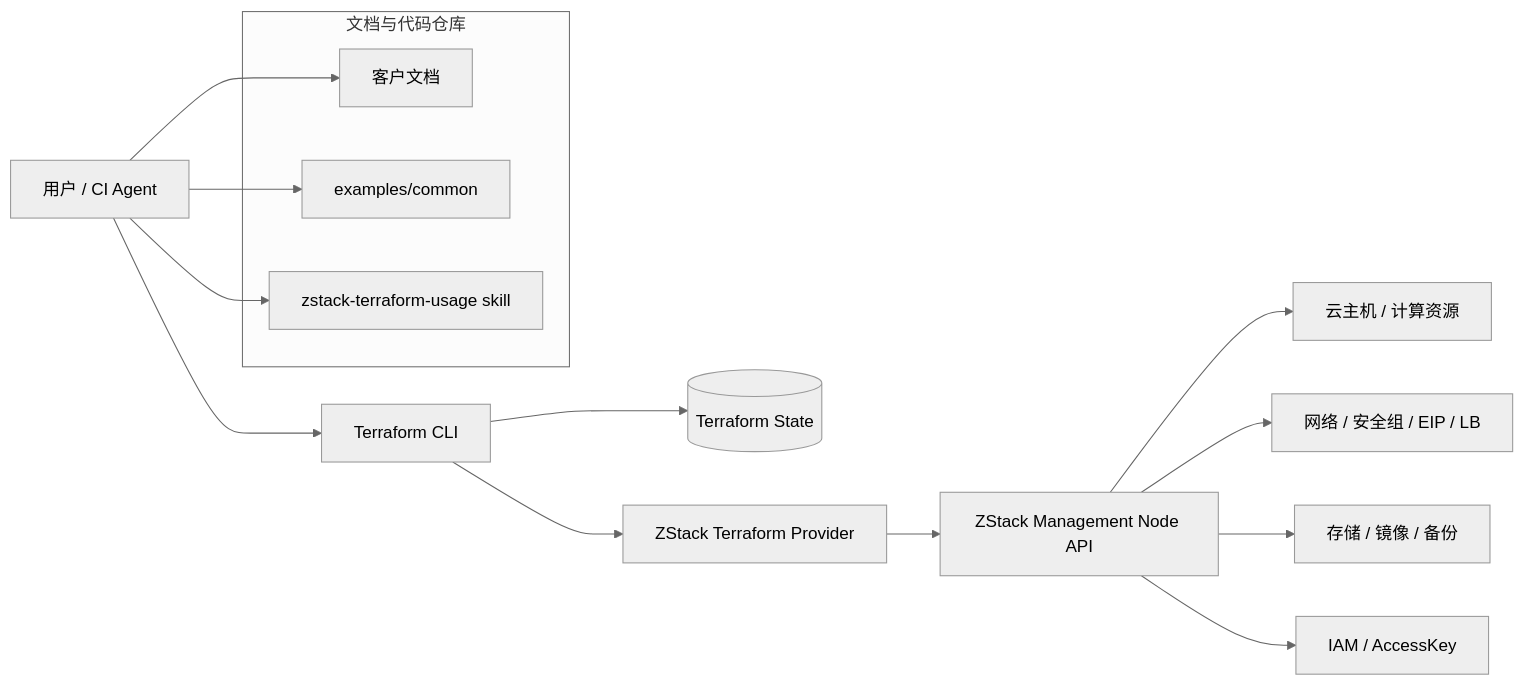
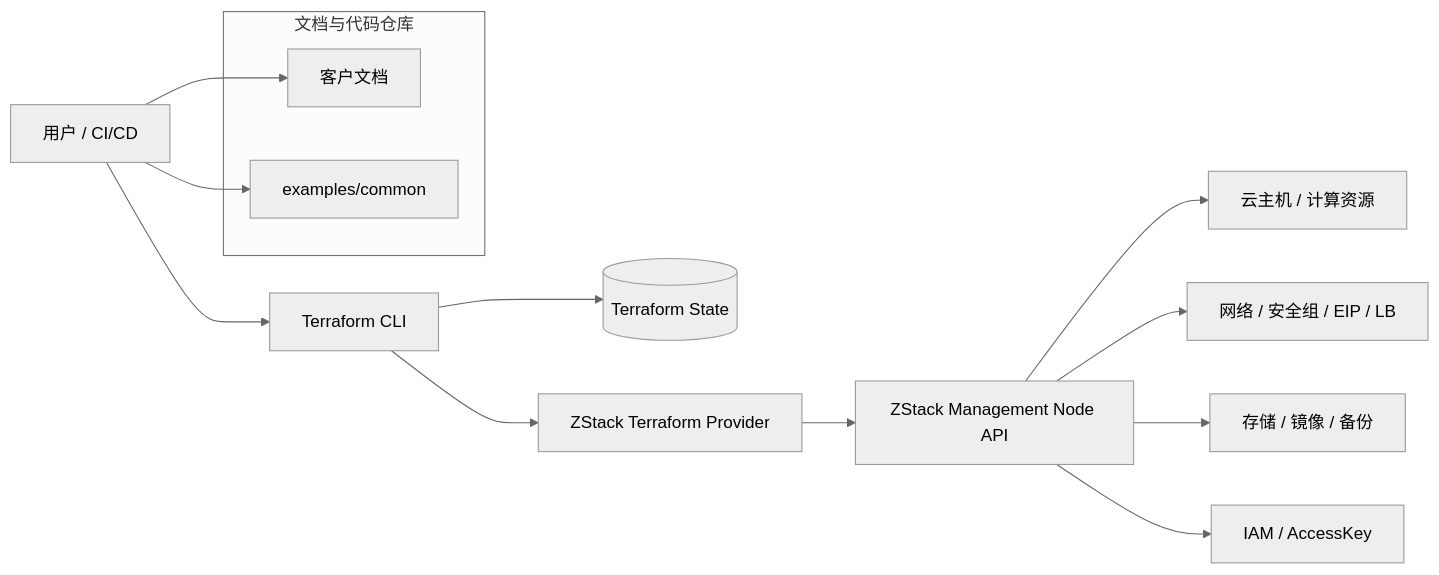
Before and after one commit to terraform-zstack-modules/terraform-provider-zstack-docs: the first of 6 diagrams in docs/zh/diagrams/index.md, drawn with Mermaid (neutral theme). The commit also changed other lines of this file and 103 other files, not shown here.

Commit message:
docs: improve ZStack Terraform provider docs

````diff
--- a/docs/zh/diagrams/index.md
+++ b/docs/zh/diagrams/index.md
@@ -9,21 +9,19 @@
 ```mermaid
 flowchart LR
-  user[用户 / CI Agent] --> cli[Terraform CLI]
+  user[用户 / CI/CD] --> cli[Terraform CLI]
   cli --> state[(Terraform State)]
   cli --> provider[ZStack Terraform Provider]
   provider --> api[ZStack Management Node API]
   api --> compute[云主机 / 计算资源]
   api --> network[网络 / 安全组 / EIP / LB]
   api --> storage[存储 / 镜像 / 备份]
   api --> iam[IAM / AccessKey]
 
   subgraph repo[文档与代码仓库]
     docs[客户文档]
     examples[examples/common]
-    skill[zstack-terraform-usage skill]
   end
 
   user --> docs
   user --> examples
-  user --> skill
 ```
````
